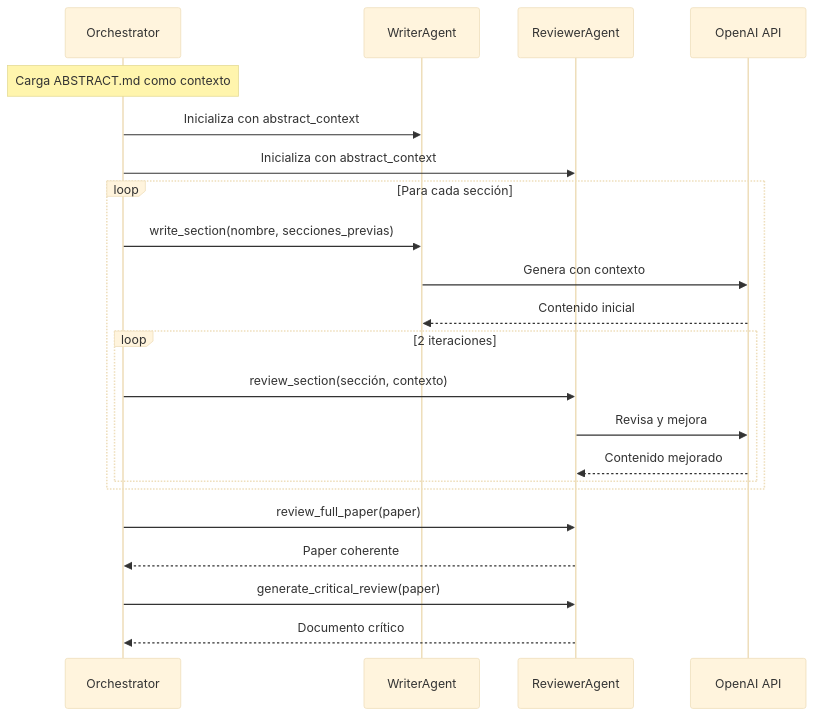
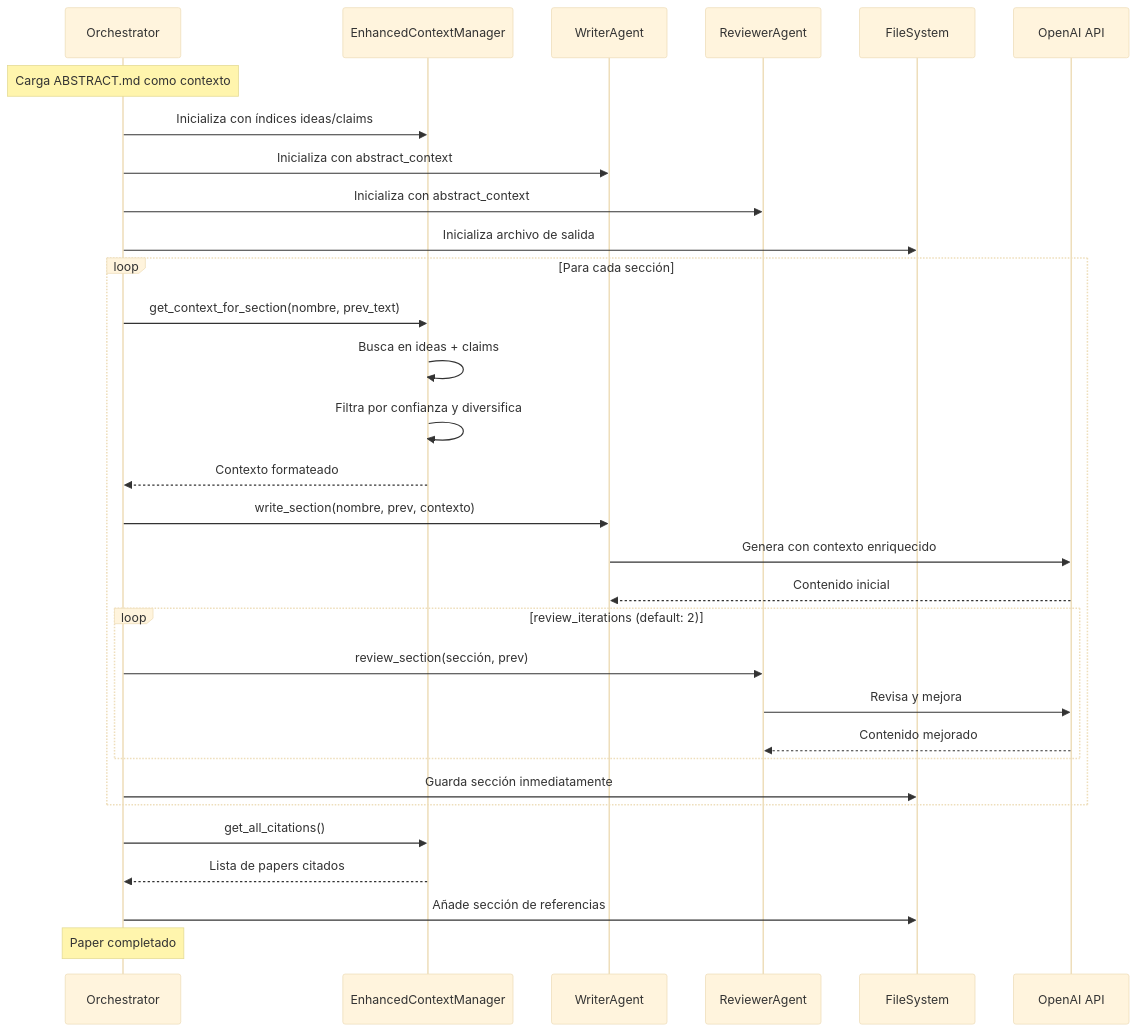
The fourth of 6 diagrams in docs/architecture.md (mikelval82/TheAiWriter), drawn with Mermaid (base theme) before and after one commit. The commit also changed other lines of this file and 5 other files, not shown here.

First line of the commit message:
feat: Add EnhancedContextManager with ideas/claims indices

````diff
--- a/docs/architecture.md
+++ b/docs/architecture.md
@@ -138,29 +154,40 @@
 ```mermaid
 sequenceDiagram
     participant O as Orchestrator
+    participant CM as EnhancedContextManager
     participant W as WriterAgent
     participant R as ReviewerAgent
+    participant F as FileSystem
     participant API as OpenAI API
     
     Note over O: Carga ABSTRACT.md como contexto
+    O->>CM: Inicializa con índices ideas/claims
     O->>W: Inicializa con abstract_context
     O->>R: Inicializa con abstract_context
+    O->>F: Inicializa archivo de salida
     
     loop Para cada sección
-        O->>W: write_section(nombre, secciones_previas)
-        W->>API: Genera con contexto
+        O->>CM: get_context_for_section(nombre, prev_text)
+        CM->>CM: Busca en ideas + claims
+        CM->>CM: Filtra por confianza y diversifica
+        CM-->>O: Contexto formateado
+        
+        O->>W: write_section(nombre, prev, contexto)
+        W->>API: Genera con contexto enriquecido
         API-->>W: Contenido inicial
         
-        loop 2 iteraciones
-            O->>R: review_section(sección, contexto)
+        loop review_iterations (default: 2)
+            O->>R: review_section(sección, prev)
             R->>API: Revisa y mejora
             API-->>R: Contenido mejorado
         end
+        
+        O->>F: Guarda sección inmediatamente
     end
     
-    O->>R: review_full_paper(paper)
-    R-->>O: Paper coherente
+    O->>CM: get_all_citations()
+    CM-->>O: Lista de papers citados
+    O->>F: Añade sección de referencias
     
-    O->>R: generate_critical_review(paper)
-    R-->>O: Documento crítico
+    Note over O: Paper completado
 ```
````
